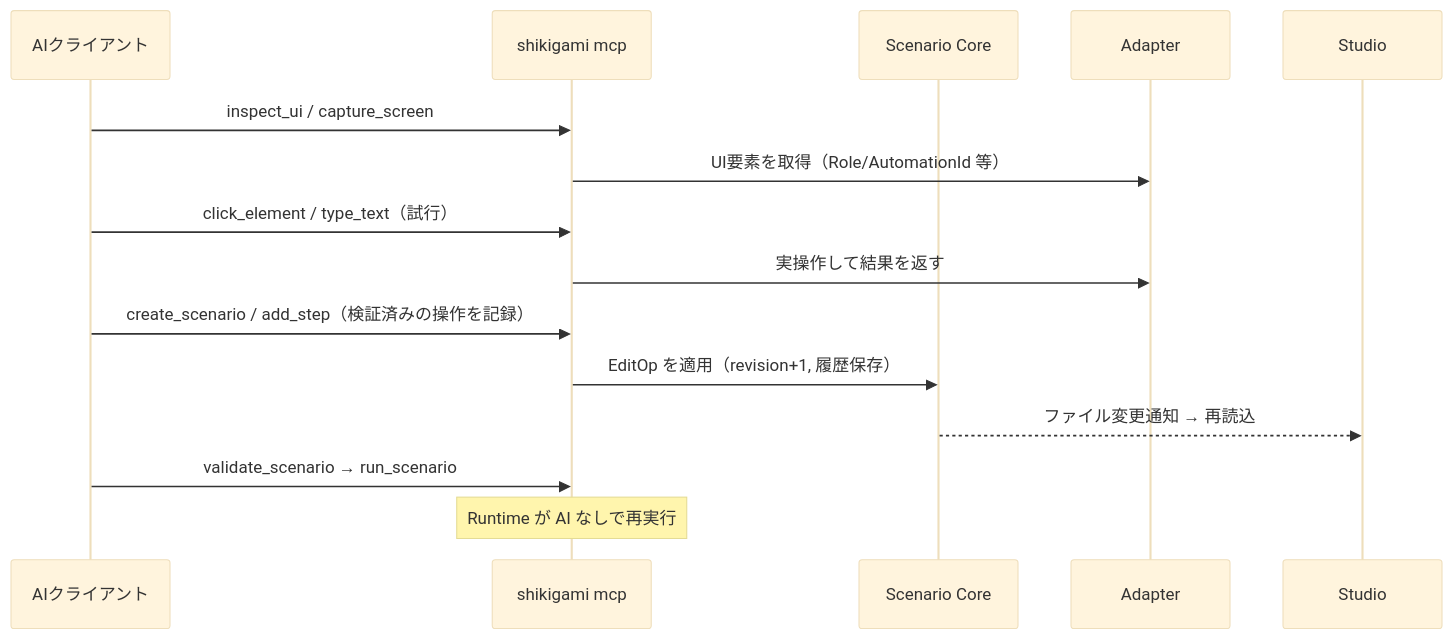
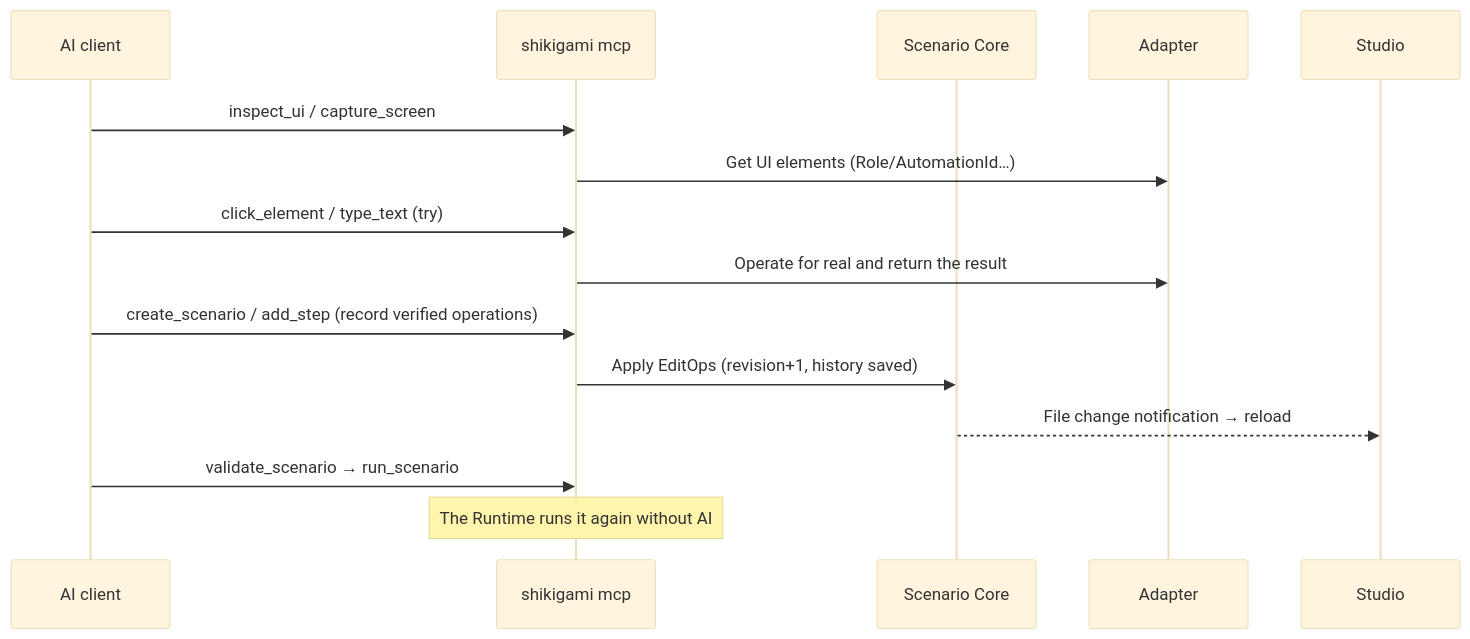
Before and after one commit to d-shiina/shikigami: the second of 2 diagrams in docs/architecture.md, drawn with Mermaid (base theme). The commit also changed other lines of this file and 24 other files, not shown here.

````diff
--- a/docs/architecture.md
+++ b/docs/architecture.md
@@ -66,17 +68,17 @@
 ```mermaid
 sequenceDiagram
-  participant AI as AIクライアント
+  participant AI as AI client
   participant M as shikigami mcp
   participant C as Scenario Core
   participant A as Adapter
   participant S as Studio
   AI->>M: inspect_ui / capture_screen
-  M->>A: UI要素を取得（Role/AutomationId 等）
-  AI->>M: click_element / type_text（試行）
-  M->>A: 実操作して結果を返す
-  AI->>M: create_scenario / add_step（検証済みの操作を記録）
-  M->>C: EditOp を適用（revision+1, 履歴保存）
-  C-->>S: ファイル変更通知 → 再読込
+  M->>A: Get UI elements (Role/AutomationId…)
+  AI->>M: click_element / type_text (try)
+  M->>A: Operate for real and return the result
+  AI->>M: create_scenario / add_step (record verified operations)
+  M->>C: Apply EditOps (revision+1, history saved)
+  C-->>S: File change notification → reload
   AI->>M: validate_scenario → run_scenario
-  Note over M: Runtime が AI なしで再実行
+  Note over M: The Runtime runs it again without AI
 ```
````
